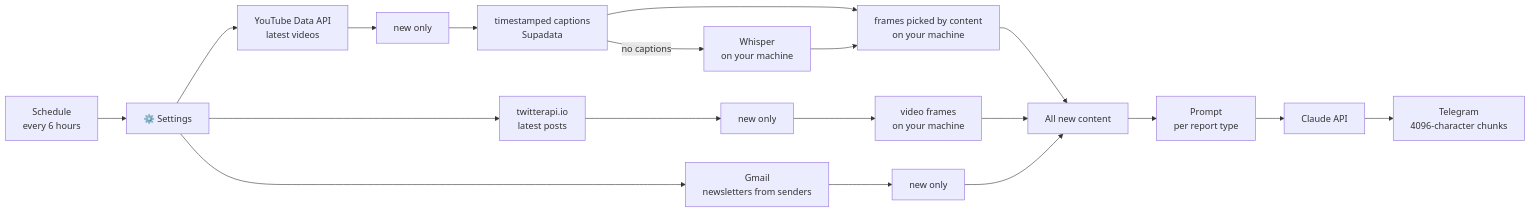
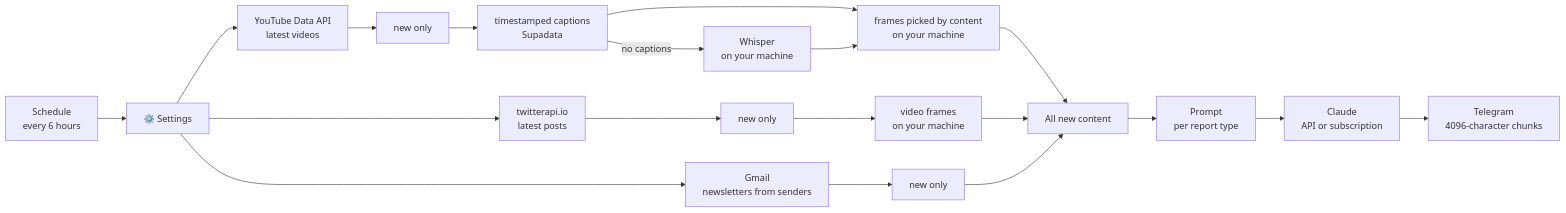
The diagram in README.md (Jhanee01/n8n-content-digest), drawn with Mermaid before and after one commit. The commit also changed other lines of this file and 1 other file, not shown here.

````diff
--- a/README.md
+++ b/README.md
@@ -28,17 +28,17 @@
 ```mermaid
 flowchart LR
     T[Schedule<br/>every 6 hours] --> C[⚙️ Settings]
     C --> YT[YouTube Data API<br/>latest videos]
     C --> X[twitterapi.io<br/>latest posts]
     C --> M[Gmail<br/>newsletters from senders]
     YT --> D1[new only] --> S[timestamped captions<br/>Supadata]
     S -->|no captions| W[Whisper<br/>on your machine]
     S --> F1[frames picked by content<br/>on your machine]
     W --> F1
     X --> D2[new only] --> F2[video frames<br/>on your machine]
     M --> D3[new only]
     F1 --> MG[All new content]
     F2 --> MG
     D3 --> MG
-    MG --> P[Prompt<br/>per report type] --> AI[Claude API] --> TG[Telegram<br/>4096-character chunks]
+    MG --> P[Prompt<br/>per report type] --> AI[Claude<br/>API or subscription] --> TG[Telegram<br/>4096-character chunks]
 ```
````
